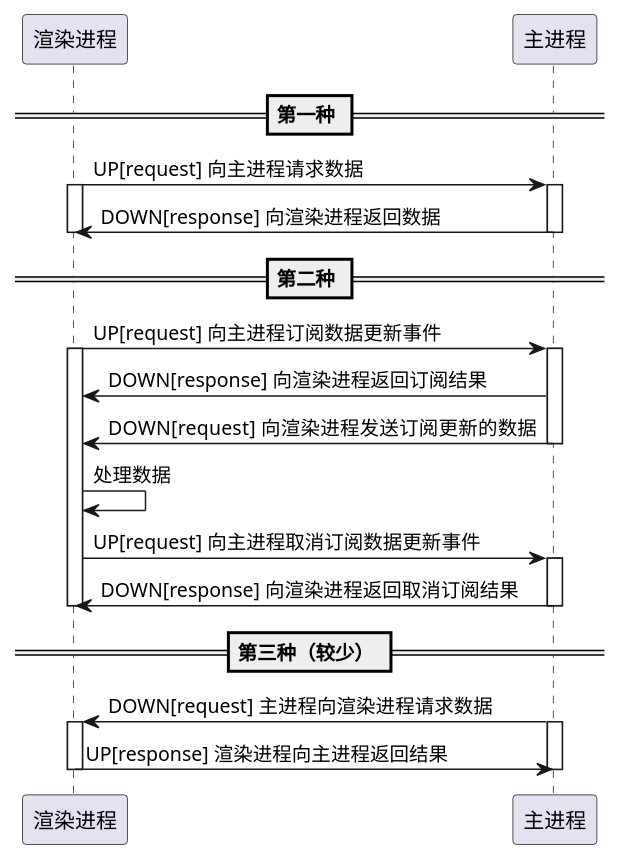
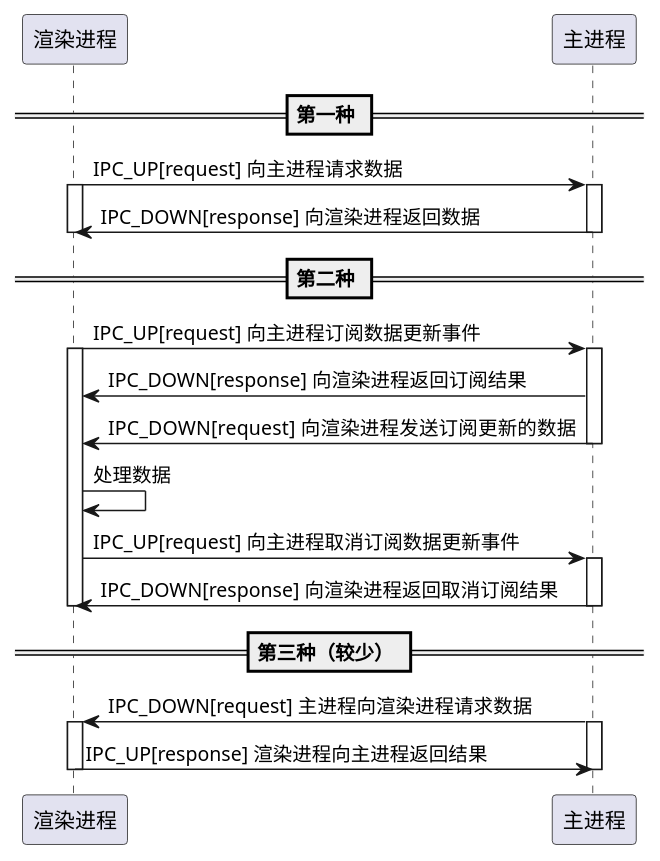
Before and after one commit to cuit-edu-cn/Yukihana: the diagram in docs/channel.puml, drawn with PlantUML. The commit also changed 5 other files, not shown here.

```diff
--- a/docs/channel.puml
+++ b/docs/channel.puml
@@ -1,35 +1,35 @@
 @startuml event
 
 participant 渲染进程 as GUI
 participant 主进程 as Main
 
 == 第一种 ==
-GUI -> Main: UP[request] 向主进程请求数据
+GUI -> Main: IPC_UP[request] 向主进程请求数据
 activate Main
 activate GUI
-Main -> GUI: DOWN[response] 向渲染进程返回数据
+Main -> GUI: IPC_DOWN[response] 向渲染进程返回数据
 deactivate Main
 deactivate GUI
 
 == 第二种 ==
-GUI -> Main: UP[request] 向主进程订阅数据更新事件
+GUI -> Main: IPC_UP[request] 向主进程订阅数据更新事件
 activate Main
 activate GUI
-Main -> GUI: DOWN[response] 向渲染进程返回订阅结果
-Main -> GUI: DOWN[request]  向渲染进程发送订阅更新的数据
+Main -> GUI: IPC_DOWN[response] 向渲染进程返回订阅结果
+Main -> GUI: IPC_DOWN[request]  向渲染进程发送订阅更新的数据
 deactivate Main
 GUI -> GUI: 处理数据
-GUI -> Main: UP[request] 向主进程取消订阅数据更新事件
+GUI -> Main: IPC_UP[request] 向主进程取消订阅数据更新事件
 activate Main
-Main -> GUI: DOWN[response] 向渲染进程返回取消订阅结果
+Main -> GUI: IPC_DOWN[response] 向渲染进程返回取消订阅结果
 deactivate Main
 deactivate GUI
 
 == 第三种（较少） ==
-Main -> GUI: DOWN[request] 主进程向渲染进程请求数据
+Main -> GUI: IPC_DOWN[request] 主进程向渲染进程请求数据
 activate Main
 activate GUI
-GUI -> Main: UP[response] 渲染进程向主进程返回结果
+GUI -> Main: IPC_UP[response] 渲染进程向主进程返回结果
 deactivate Main
 deactivate GUI
 @enduml
```
